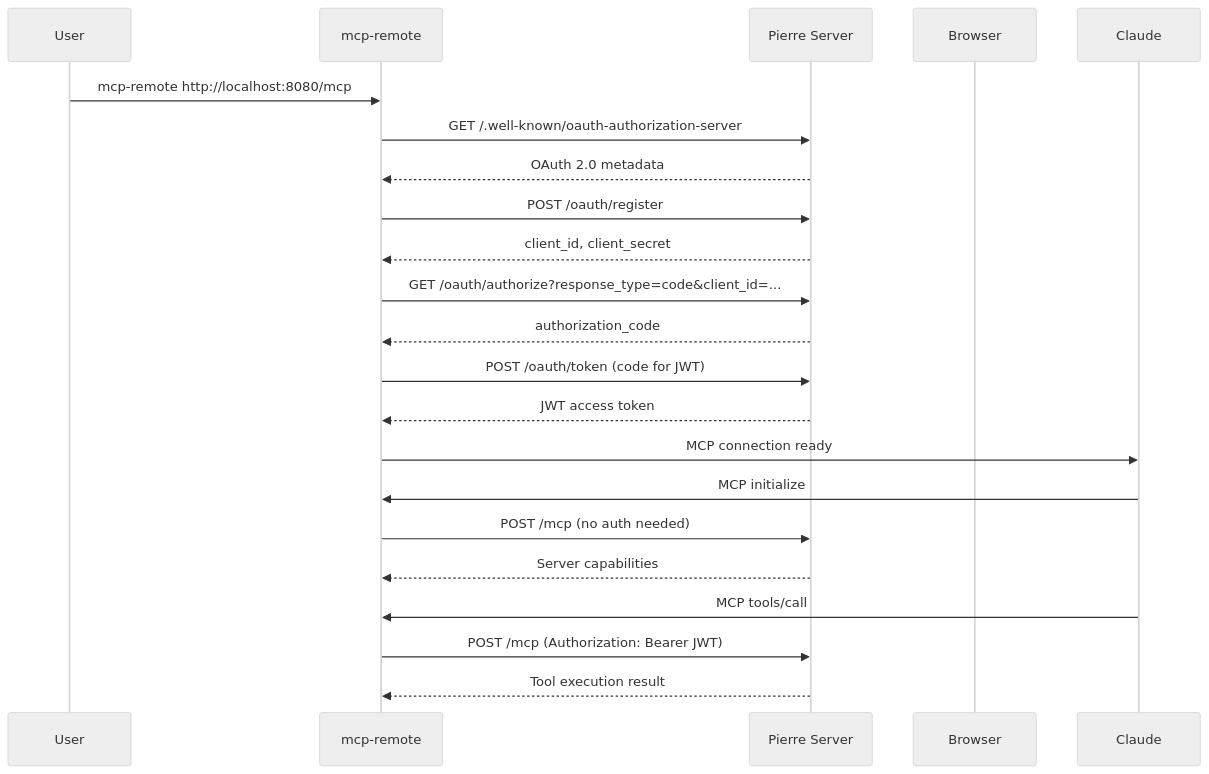
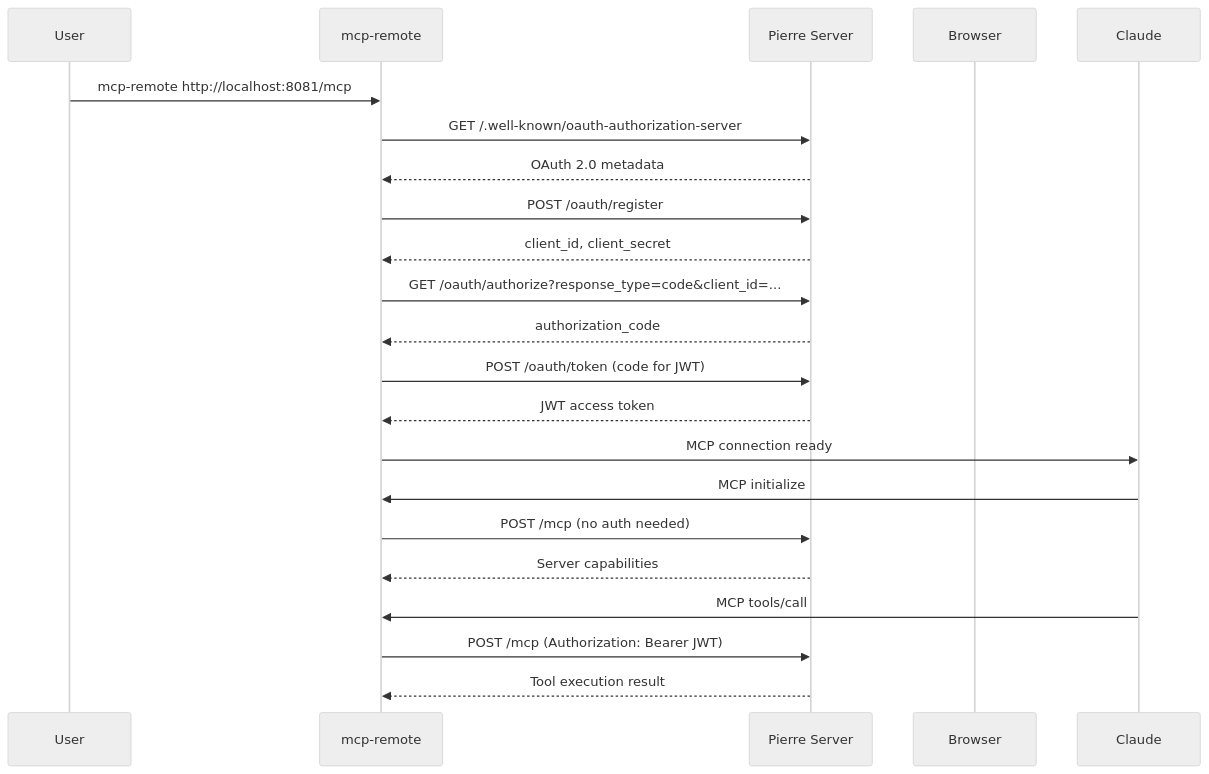
Before and after one commit to Async-IO/pierre_mcp_server: the sixth of 8 diagrams in docs/developer-guide/06-authentication.md, drawn with Mermaid (neutral theme). The commit also changed other lines of this file and 13 other files, not shown here.

````diff
--- a/docs/developer-guide/06-authentication.md
+++ b/docs/developer-guide/06-authentication.md
@@ -420,30 +420,30 @@
 ```mermaid
 sequenceDiagram
     participant User as User
     participant McpRemote as mcp-remote
     participant Pierre as Pierre Server
     participant Browser as Browser
     participant Claude as Claude
 
-    User->>McpRemote: mcp-remote http://localhost:8080/mcp
+    User->>McpRemote: mcp-remote http://localhost:8081/mcp
     McpRemote->>Pierre: GET /.well-known/oauth-authorization-server
     Pierre-->>McpRemote: OAuth 2.0 metadata
 
     McpRemote->>Pierre: POST /oauth/register
     Pierre-->>McpRemote: client_id, client_secret
 
     McpRemote->>Pierre: GET /oauth/authorize?response_type=code&client_id=...
     Pierre-->>McpRemote: authorization_code
 
     McpRemote->>Pierre: POST /oauth/token (code for JWT)
     Pierre-->>McpRemote: JWT access token
 
     McpRemote->>Claude: MCP connection ready
     Claude->>McpRemote: MCP initialize
     McpRemote->>Pierre: POST /mcp (no auth needed)
     Pierre-->>McpRemote: Server capabilities
 
     Claude->>McpRemote: MCP tools/call
     McpRemote->>Pierre: POST /mcp (Authorization: Bearer JWT)
     Pierre-->>McpRemote: Tool execution result
 ```
````
